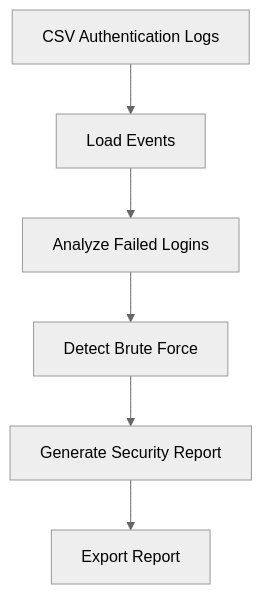
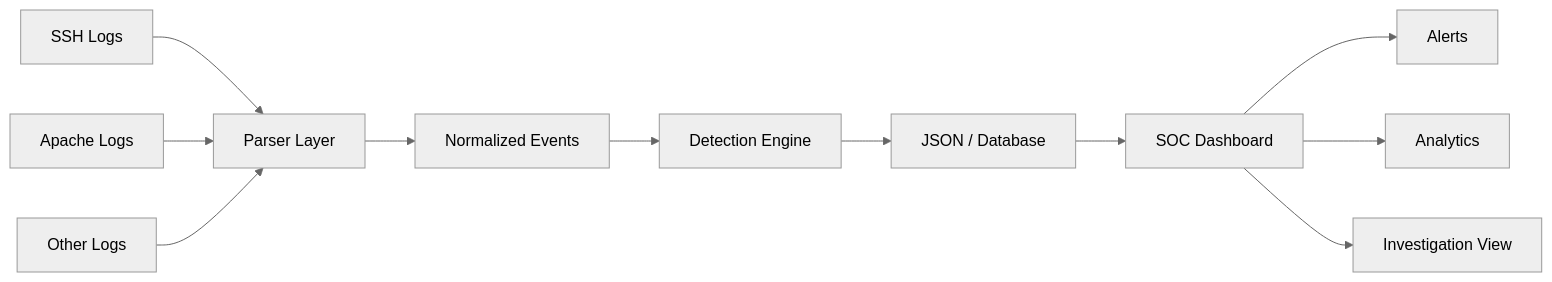
Before and after one commit to sujal2005code/Python-SOC-Log-Analyzer: the fifth of 5 diagrams in README.md, drawn with Mermaid (neutral theme). The commit also changed other lines of this file, not shown here.

````diff
--- a/README.md
+++ b/README.md
@@ -68,15 +524,14 @@
-```mermaid
-flowchart TD
+``` mermaid
+flowchart LR
+    A[SSH Logs] --> P[Parser Layer]
+    B[Apache Logs] --> P
+    C[Other Logs] --> P
 
-A[CSV Authentication Logs]
-
-A --> B[Load Events]
-
-B --> C[Analyze Failed Logins]
-
-C --> D[Detect Brute Force]
-
-D --> E[Generate Security Report]
-
-E --> F[Export Report]
+    P --> N[Normalized Events]
+    N --> D[Detection Engine]
+    D --> J[JSON / Database]
+    J --> S[SOC Dashboard]
+    S --> A1[Alerts]
+    S --> A2[Analytics]
+    S --> A3[Investigation View]
 ```
````
